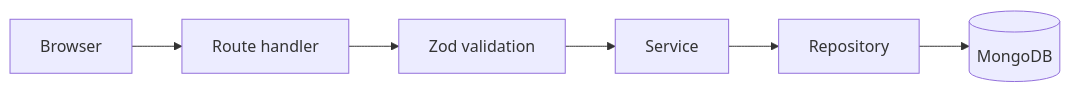
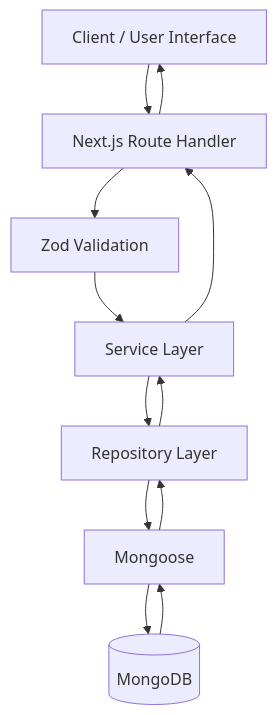
One commit to DedSec76/flashfinance changed the diagram in README.md. Above: the diagram before and after it, drawn with Mermaid. The commit also changed other lines of this file, not shown here.

````diff
--- a/README.md
+++ b/README.md
@@ -46,8 +103,14 @@
 ```mermaid
-flowchart LR
-  browser[Browser] --> route[Route handler]
-  route --> validation[Zod validation]
-  validation --> service[Service]
-  service --> repository[Repository]
-  repository --> mongo[(MongoDB)]
+flowchart TD
+    A[Client / User Interface] --> B[Next.js Route Handler]
+    B --> C[Zod Validation]
+    C --> D[Service Layer]
+    D --> E[Repository Layer]
+    E --> F[Mongoose]
+    F --> G[(MongoDB)]
+    G --> F
+    F --> E
+    E --> D
+    D --> B
+    B --> A
 ```
````
